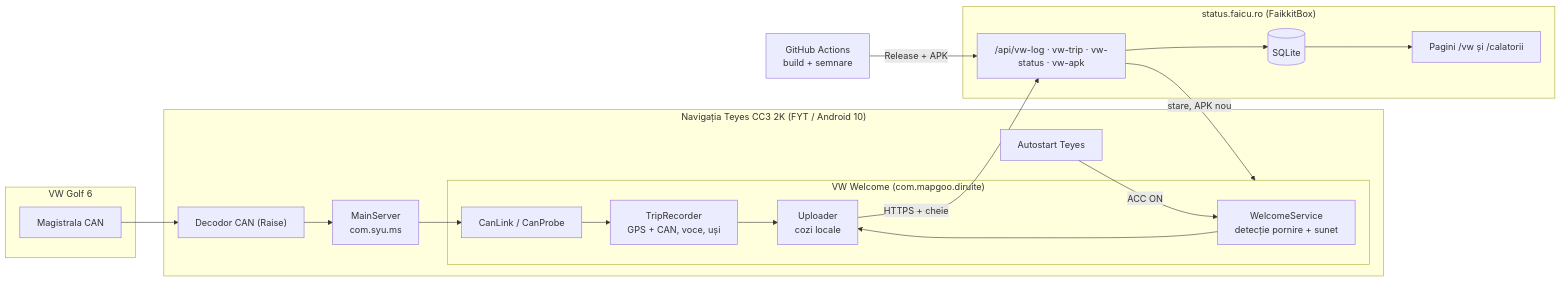
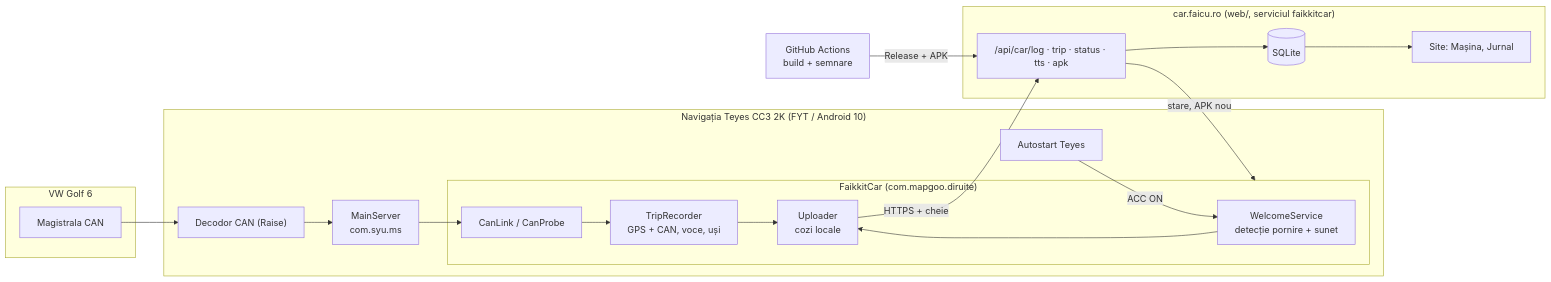
Before and after one commit to Faicu/FaikkitCar: the diagram in README.md, drawn with Mermaid. The commit also changed other lines of this file and 15 other files, not shown here.

First line of the commit message:
Rename to FaikkitCar and move to car.faicu.ro

````diff
--- a/README.md
+++ b/README.md
@@ -95,31 +98,31 @@
 ```mermaid
 flowchart LR
   subgraph Golf["VW Golf 6"]
     CAN["Magistrala CAN"]
   end
   subgraph Teyes["Navigația Teyes CC3 2K (FYT / Android 10)"]
     DEC["Decodor CAN (Raise)"]
     MS["MainServer<br/>com.syu.ms"]
     AS["Autostart Teyes"]
-    subgraph App["VW Welcome (com.mapgoo.diruite)"]
+    subgraph App["FaikkitCar (com.mapgoo.diruite)"]
       WS["WelcomeService<br/>detecție pornire + sunet"]
       TR["TripRecorder<br/>GPS + CAN, voce, uși"]
       CL["CanLink / CanProbe"]
       UP["Uploader<br/>cozi locale"]
     end
   end
-  subgraph Server["status.faicu.ro (FaikkitBox)"]
-    API["/api/vw-log · vw-trip · vw-status · vw-apk"]
+  subgraph Server["car.faicu.ro (web/, serviciul faikkitcar)"]
+    API["/api/car/log · trip · status · tts · apk"]
     DB[("SQLite")]
-    PG["Pagini /vw și /calatorii"]
+    PG["Site: Mașina, Jurnal"]
   end
   GH["GitHub Actions<br/>build + semnare"]
 
   CAN --> DEC --> MS --> CL --> TR
   AS -->|ACC ON| WS
   WS --> UP
   TR --> UP
   UP -->|HTTPS + cheie| API --> DB --> PG
   GH -->|Release + APK| API
   API -->|stare, APK nou| App
 ```
````
